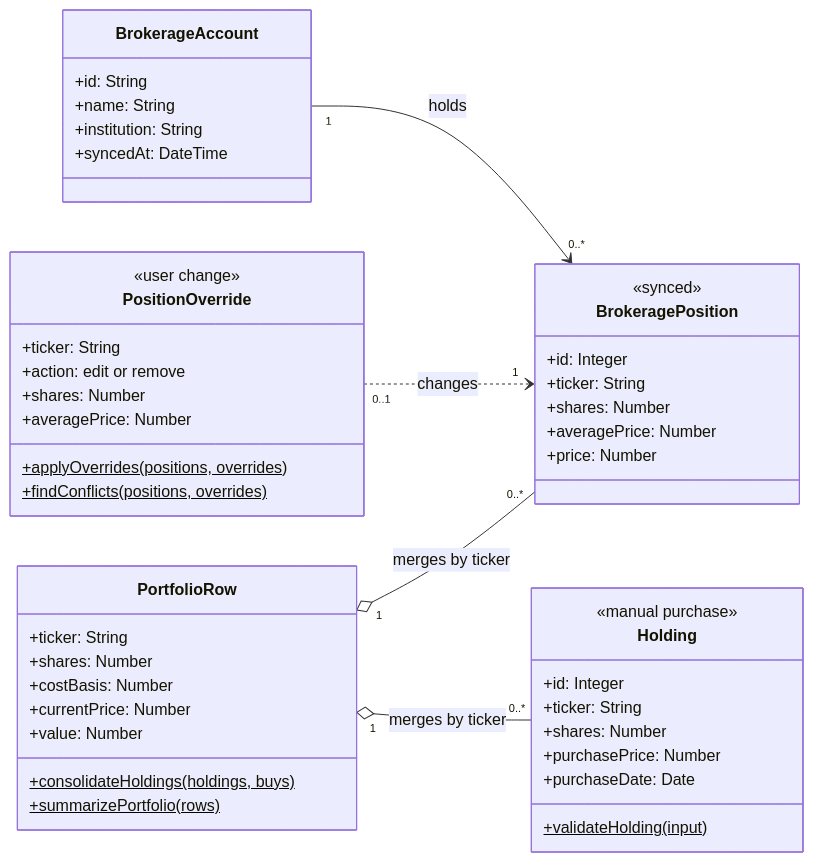
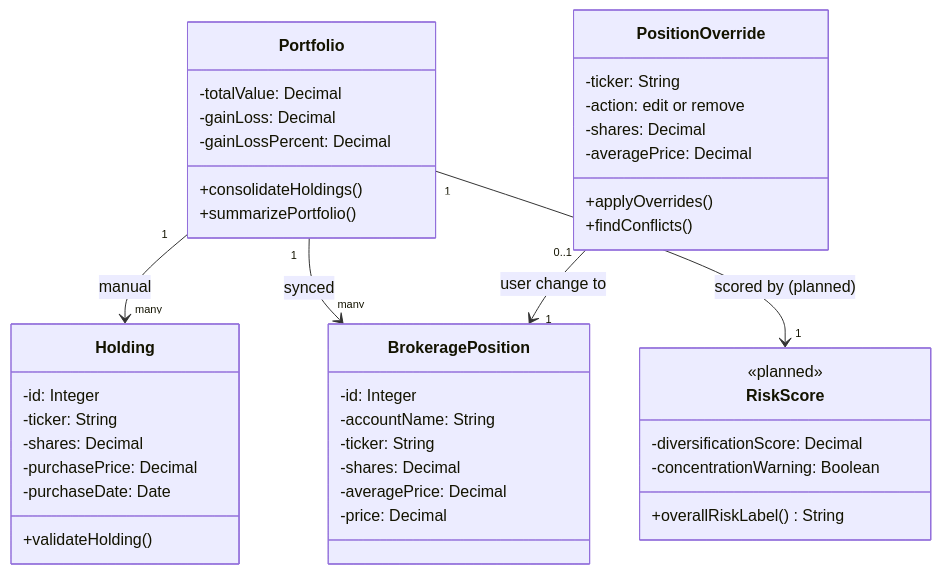
One commit to dquin144/cen5064-project-quinones changed the third of 5 diagrams in README.md. Above: the diagram before and after it, drawn with Mermaid. The commit also changed other lines of this file, not shown here.

First line of the commit message:
Simplify diagrams and show planned features

````diff
--- a/README.md
+++ b/README.md
@@ -177,50 +160,50 @@
 ```mermaid
 classDiagram
-    direction LR
-    class Holding {
-        <<manual purchase>>
-        +id: Integer
-        +ticker: String
-        +shares: Number
-        +purchasePrice: Number
-        +purchaseDate: Date
-        +validateHolding(input)$
-    }
-    class BrokerageAccount {
-        +id: String
-        +name: String
-        +institution: String
-        +syncedAt: DateTime
-    }
-    class BrokeragePosition {
-        <<synced>>
-        +id: Integer
-        +ticker: String
-        +shares: Number
-        +averagePrice: Number
-        +price: Number
-    }
-    class PositionOverride {
-        <<user change>>
-        +ticker: String
-        +action: edit or remove
-        +shares: Number
-        +averagePrice: Number
-        +applyOverrides(positions, overrides)$
-        +findConflicts(positions, overrides)$
-    }
-    class PortfolioRow {
-        +ticker: String
-        +shares: Number
-        +costBasis: Number
-        +currentPrice: Number
-        +value: Number
-        +consolidateHoldings(holdings, buys)$
-        +summarizePortfolio(rows)$
+    direction TB
+    class Portfolio {
+        -totalValue: Decimal
+        -gainLoss: Decimal
+        -gainLossPercent: Decimal
+        +consolidateHoldings()
+        +summarizePortfolio()
     }
 
-    BrokerageAccount "1" --> "0..*" BrokeragePosition : holds
-    PositionOverride "0..1" ..> "1" BrokeragePosition : changes
-    PortfolioRow "1" o-- "0..*" Holding : merges by ticker
-    PortfolioRow "1" o-- "0..*" BrokeragePosition : merges by ticker
+    class Holding {
+        -id: Integer
+        -ticker: String
+        -shares: Decimal
+        -purchasePrice: Decimal
+        -purchaseDate: Date
+        +validateHolding()
+    }
+
+    class BrokeragePosition {
+        -id: Integer
+        -accountName: String
+        -ticker: String
+        -shares: Decimal
+        -averagePrice: Decimal
+        -price: Decimal
+    }
+
+    class PositionOverride {
+        -ticker: String
+        -action: edit or remove
+        -shares: Decimal
+        -averagePrice: Decimal
+        +applyOverrides()
+        +findConflicts()
+    }
+
+    class RiskScore {
+        <<planned>>
+        -diversificationScore: Decimal
+        -concentrationWarning: Boolean
+        +overallRiskLabel() String
+    }
+
+    Portfolio "1" --> "many" Holding : manual
+    Portfolio "1" --> "many" BrokeragePosition : synced
+    PositionOverride "0..1" --> "1" BrokeragePosition : user change to
+    Portfolio "1" --> "1" RiskScore : scored by (planned)
 ```
````
